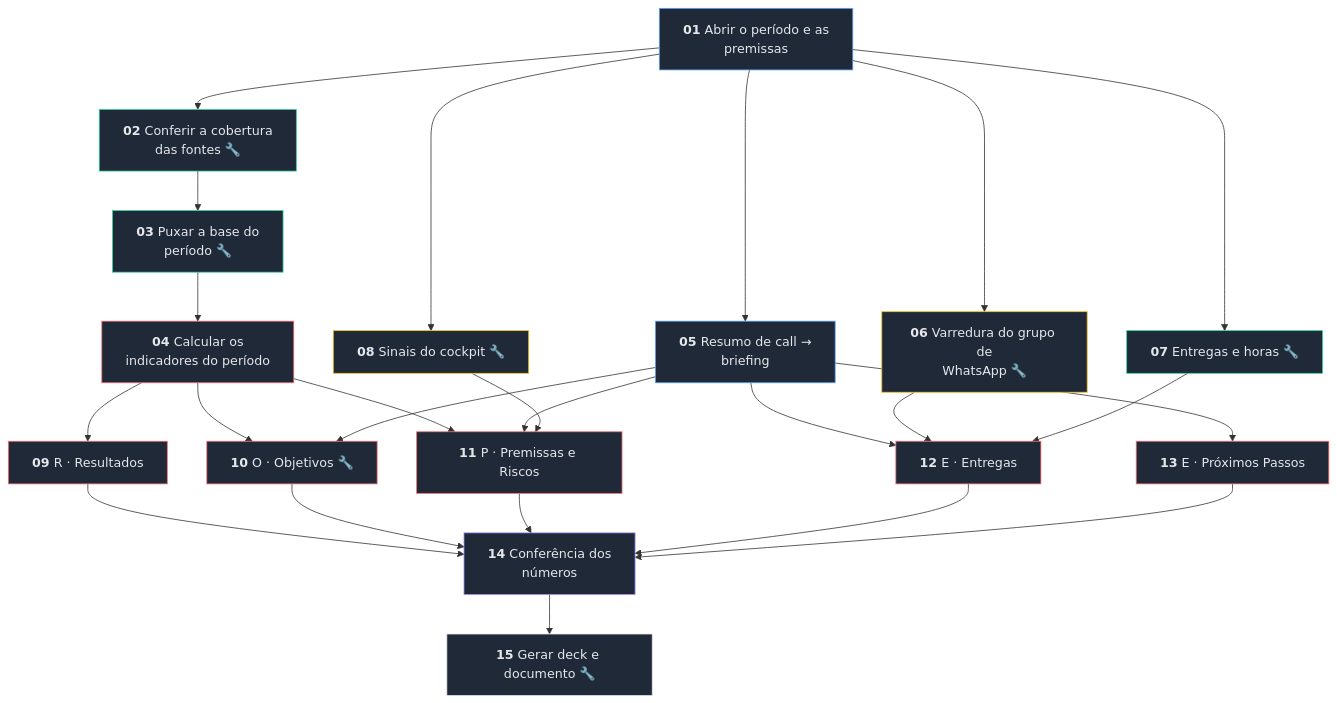
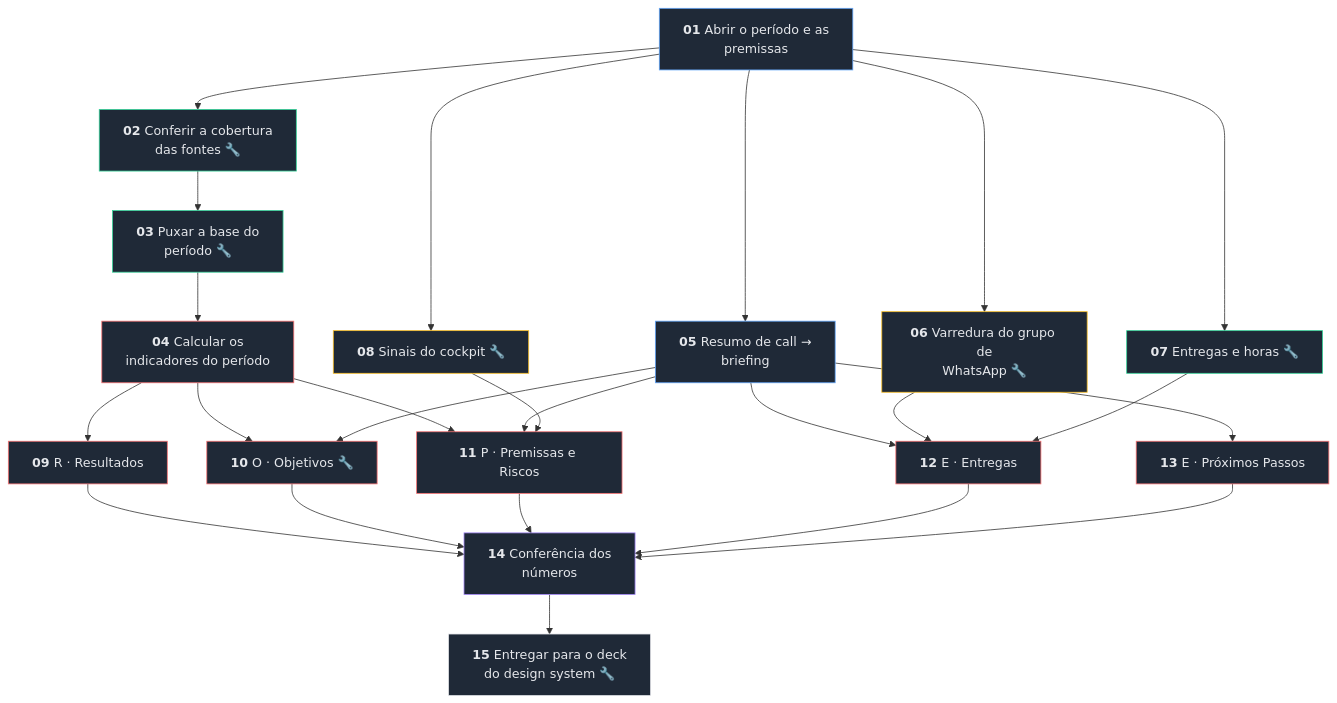
One commit to jeanreisv4/v4-checkin-ropre changed the diagram in workflow/diagrama.mmd. Above: the diagram before and after it, drawn with Mermaid. The commit also changed 6 other files, not shown here.

First line of the commit message:
A fronteira com o design system: o check-in entrega conteúdo, não slide

```diff
--- a/workflow/diagrama.mmd
+++ b/workflow/diagrama.mmd
@@ -1,54 +1,54 @@
 flowchart TD
     E01["<b>01</b> Abrir o período e as<br/>premissas"]
     E02["<b>02</b> Conferir a cobertura<br/>das fontes 🔧"]
     E03["<b>03</b> Puxar a base do<br/>período 🔧"]
     E04["<b>04</b> Calcular os<br/>indicadores do período"]
     E05["<b>05</b> Resumo de call →<br/>briefing"]
     E06["<b>06</b> Varredura do grupo de<br/>WhatsApp 🔧"]
     E07["<b>07</b> Entregas e horas 🔧"]
     E08["<b>08</b> Sinais do cockpit 🔧"]
     E09["<b>09</b> R · Resultados"]
     E10["<b>10</b> O · Objetivos 🔧"]
     E11["<b>11</b> P · Premissas e Riscos"]
     E12["<b>12</b> E · Entregas"]
     E13["<b>13</b> E · Próximos Passos"]
     E14["<b>14</b> Conferência dos<br/>números"]
-    E15["<b>15</b> Gerar deck e documento 🔧"]
+    E15["<b>15</b> Entregar para o deck<br/>do design system 🔧"]
 
     E01 --> E02
     E01 --> E05
     E01 --> E06
     E01 --> E07
     E01 --> E08
     E02 --> E03
     E03 --> E04
     E04 --> E09
     E04 --> E10
     E04 --> E11
     E05 --> E10
     E05 --> E11
     E05 --> E12
     E05 --> E13
     E06 --> E12
     E07 --> E12
     E08 --> E11
     E09 --> E14
     E10 --> E14
     E11 --> E14
     E12 --> E14
     E13 --> E14
     E14 --> E15
 
     class E01,E05 briefing;
     class E02,E03,E07 dados;
     class E06,E08 pesquisa;
     class E04,E09,E10,E11,E12,E13 analise;
     class E14 revisao;
     class E15 entrega;
 
     classDef briefing fill:#1f2937,stroke:#60a5fa,color:#e5e7eb;
     classDef dados fill:#1f2937,stroke:#34d399,color:#e5e7eb;
     classDef pesquisa fill:#1f2937,stroke:#fbbf24,color:#e5e7eb;
     classDef analise fill:#1f2937,stroke:#f87171,color:#e5e7eb;
     classDef revisao fill:#1f2937,stroke:#a78bfa,color:#e5e7eb;
     classDef entrega fill:#1f2937,stroke:#e5e7eb,color:#e5e7eb;
```
